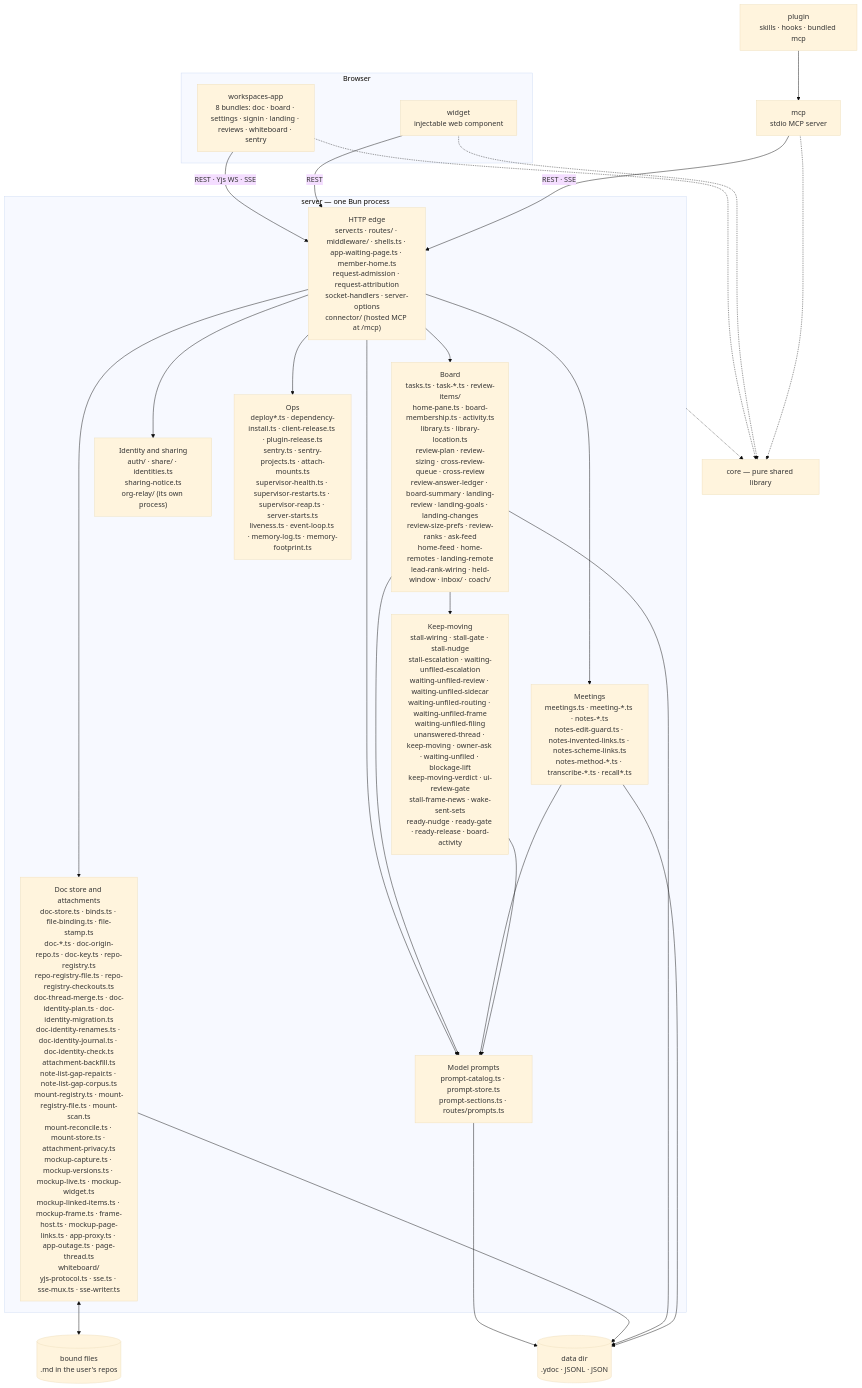
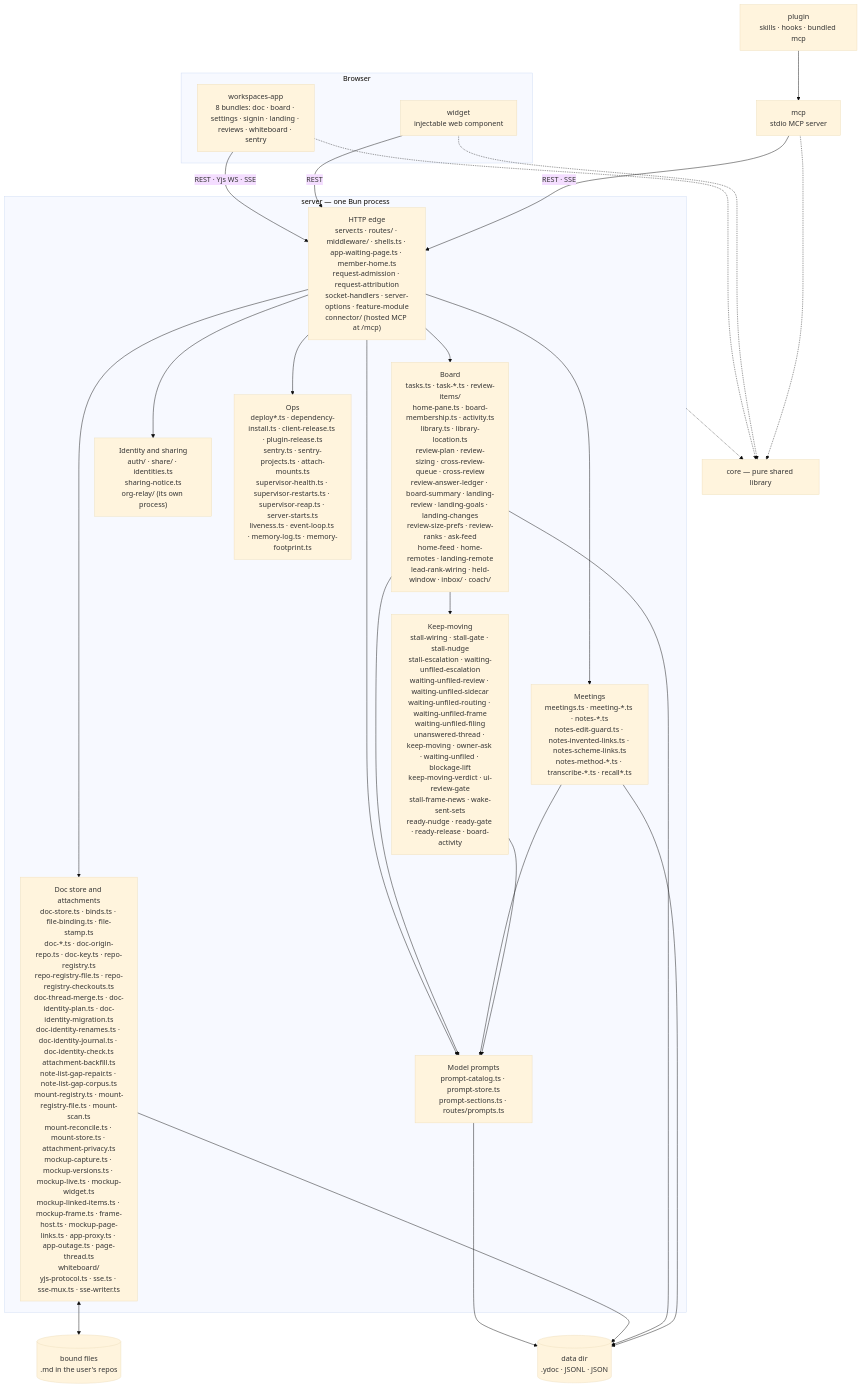
Before and after one commit to fryanpan/claude-workspaces-plugin: the first of 2 diagrams in docs/architecture/overview.md, drawn with Mermaid (base theme). The commit also changed other lines of this file and 1 other file, not shown here.

First line of the commit message:
The architecture overview and the exceptions row describe the request chain and the feature registry

````diff
--- a/docs/architecture/overview.md
+++ b/docs/architecture/overview.md
@@ -45,35 +45,35 @@
 ```mermaid
 flowchart TB
   subgraph browser[Browser]
     app["workspaces-app<br/>8 bundles: doc · board · settings · signin · landing · reviews · whiteboard · sentry"]
     wid["widget<br/>injectable web component"]
   end
   plug["plugin<br/>skills · hooks · bundled mcp"]
   mcp["mcp<br/>stdio MCP server"]
   subgraph srv["server — one Bun process"]
-    edge["HTTP edge<br/>server.ts · routes/ · middleware/ · shells.ts · app-waiting-page.ts · member-home.ts<br/>request-admission · request-attribution<br/>socket-handlers · server-options<br/>connector/ (hosted MCP at /mcp)"]
+    edge["HTTP edge<br/>server.ts · routes/ · middleware/ · shells.ts · app-waiting-page.ts · member-home.ts<br/>request-admission · request-attribution<br/>socket-handlers · server-options · feature-module<br/>connector/ (hosted MCP at /mcp)"]
     docs["Doc store and attachments<br/>doc-store.ts · binds.ts · file-binding.ts · file-stamp.ts<br/>doc-*.ts · doc-origin-repo.ts · doc-key.ts · repo-registry.ts<br/>repo-registry-file.ts · repo-registry-checkouts.ts<br/>doc-thread-merge.ts · doc-identity-plan.ts · doc-identity-migration.ts<br/>doc-identity-renames.ts · doc-identity-journal.ts · doc-identity-check.ts<br/>attachment-backfill.ts<br/>note-list-gap-repair.ts · note-list-gap-corpus.ts<br/>mount-registry.ts · mount-registry-file.ts · mount-scan.ts<br/>mount-reconcile.ts · mount-store.ts · attachment-privacy.ts<br/>mockup-capture.ts · mockup-versions.ts · mockup-live.ts · mockup-widget.ts<br/>mockup-linked-items.ts · mockup-frame.ts · frame-host.ts · mockup-page-links.ts · app-proxy.ts · app-outage.ts · page-thread.ts<br/>whiteboard/<br/>yjs-protocol.ts · sse.ts · sse-mux.ts · sse-writer.ts"]
     board["Board<br/>tasks.ts · task-*.ts · review-items/<br/>home-pane.ts · board-membership.ts · activity.ts<br/>library.ts · library-location.ts<br/>review-plan · review-sizing · cross-review-queue · cross-review<br/>review-answer-ledger · board-summary · landing-review · landing-goals · landing-changes<br/>review-size-prefs · review-ranks · ask-feed<br/>home-feed · home-remotes · landing-remote<br/>lead-rank-wiring · held-window · inbox/ · coach/"]
     meet["Meetings<br/>meetings.ts · meeting-*.ts · notes-*.ts<br/>notes-edit-guard.ts · notes-invented-links.ts · notes-scheme-links.ts<br/>notes-method-*.ts · transcribe-*.ts · recall*.ts"]
     keep["Keep-moving<br/>stall-wiring · stall-gate · stall-nudge<br/>stall-escalation · waiting-unfiled-escalation<br/>waiting-unfiled-review · waiting-unfiled-sidecar<br/>waiting-unfiled-routing · waiting-unfiled-frame<br/>waiting-unfiled-filing<br/>unanswered-thread · keep-moving · owner-ask · waiting-unfiled · blockage-lift<br/>keep-moving-verdict · ui-review-gate<br/>stall-frame-news · wake-sent-sets<br/>ready-nudge · ready-gate · ready-release · board-activity"]
     ident["Identity and sharing<br/>auth/ · share/ · identities.ts<br/>sharing-notice.ts<br/>org-relay/ (its own process)"]
     prompts["Model prompts<br/>prompt-catalog.ts · prompt-store.ts<br/>prompt-sections.ts · routes/prompts.ts"]
     ops["Ops<br/>deploy*.ts · dependency-install.ts · client-release.ts · plugin-release.ts<br/>sentry.ts · sentry-projects.ts · attach-mounts.ts<br/>supervisor-health.ts · supervisor-restarts.ts · supervisor-reap.ts · server-starts.ts<br/>liveness.ts · event-loop.ts · memory-log.ts · memory-footprint.ts"]
   end
   core["core — pure shared library"]
   disk[("data dir<br/>.ydoc · JSONL · JSON")]
   files[("bound files<br/>.md in the user's repos")]
 
   app -->|"REST · Yjs WS · SSE"| edge
   wid -->|REST| edge
   plug --> mcp
   mcp -->|"REST · SSE"| edge
   edge --> docs & board & meet & ident & ops & prompts
   board & meet & keep --> prompts
   prompts --> disk
   board --> keep
   docs <--> files
   docs & board & meet --> disk
   app & wid & mcp -.-> core
   srv -.-> core
 ```
````
